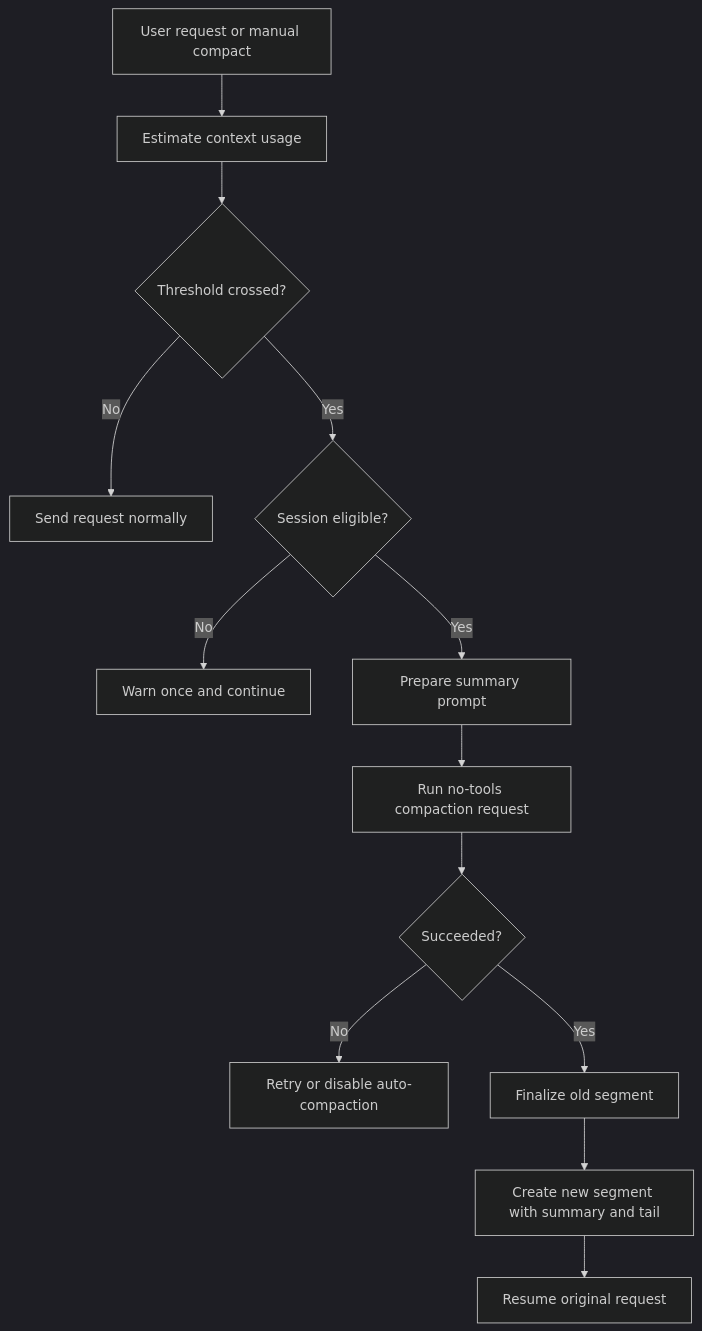
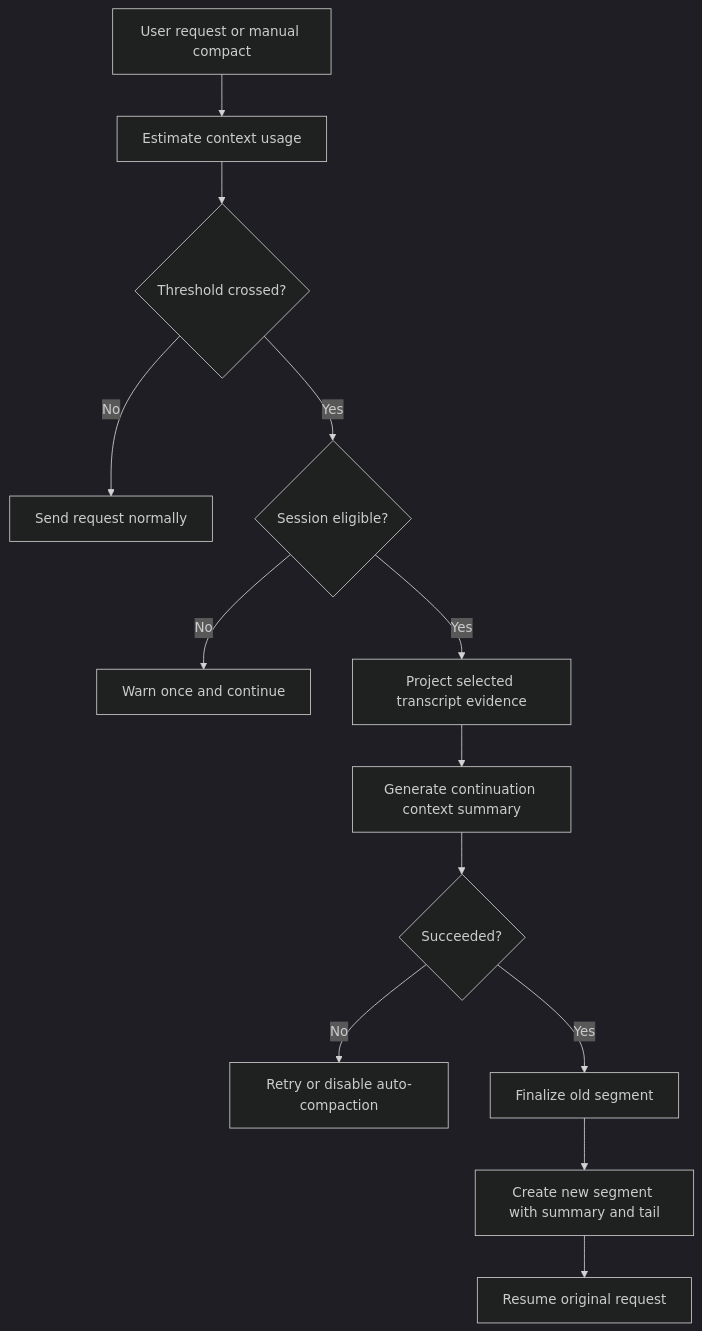
Before and after one commit to FrauH0lle/mevedel: the diagram in docs/compaction.md, drawn with Mermaid (dark theme). The commit also changed other lines of this file and 23 other files, not shown here.

First line of the commit message:
feat!(summary): Centralize continuation generation

````diff
--- a/docs/compaction.md
+++ b/docs/compaction.md
@@ -10,15 +13,15 @@
 ```mermaid
 flowchart TD
     A[User request or manual compact] --> B[Estimate context usage]
     B --> C{Threshold crossed?}
     C -- No --> D[Send request normally]
     C -- Yes --> E{Session eligible?}
     E -- No --> F[Warn once and continue]
-    E -- Yes --> G[Prepare summary prompt]
-    G --> H[Run no-tools compaction request]
+    E -- Yes --> G[Project selected transcript evidence]
+    G --> H[Generate continuation context summary]
     H --> I{Succeeded?}
     I -- No --> J[Retry or disable auto-compaction]
     I -- Yes --> K[Finalize old segment]
     K --> L[Create new segment with summary and tail]
     L --> M[Resume original request]
 ```
````
